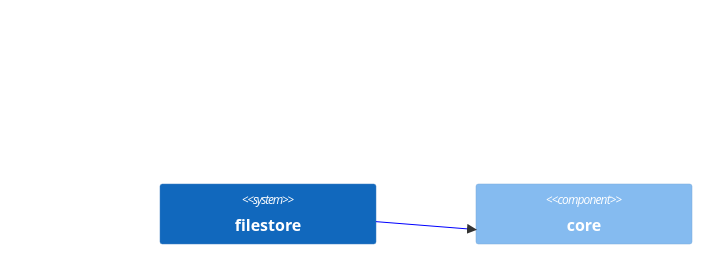
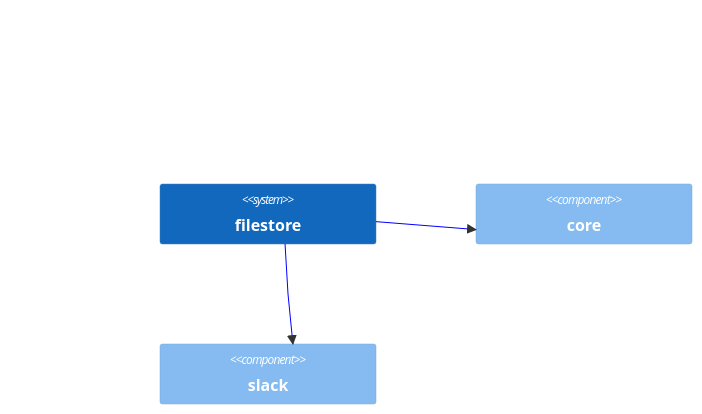
One commit to albertlatacz/shift-left-kotlin changed the diagram in services/filestore/README.md. Above: the diagram before and after it, drawn with Mermaid. The commit also changed other lines of this file and 5 other files, not shown here.

````diff
--- a/services/filestore/README.md
+++ b/services/filestore/README.md
@@ -18,8 +19,11 @@
 ```mermaid
 C4Context        
    UpdateLayoutConfig($c4ShapeInRow="2")                           
    System(filestore, "filestore")
    Component(core, "core")
+   Component(slack, "slack")
    Rel(filestore, core, " ") 
-   UpdateRelStyle(filestore, core, $lineColor="blue")                
+   UpdateRelStyle(filestore, core, $lineColor="blue")
+   Rel(filestore, slack, " ") 
+   UpdateRelStyle(filestore, slack, $lineColor="blue")                
 ```
````
